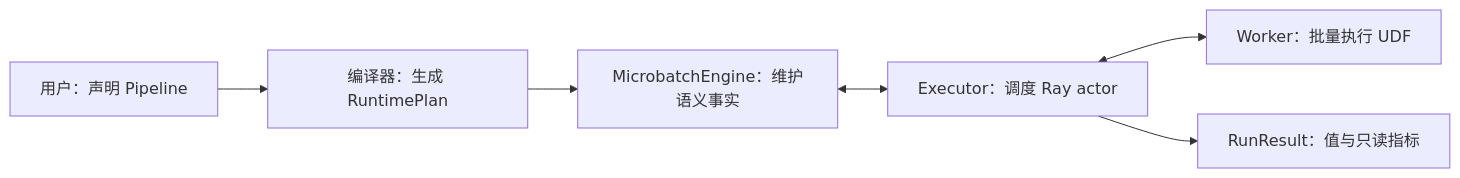
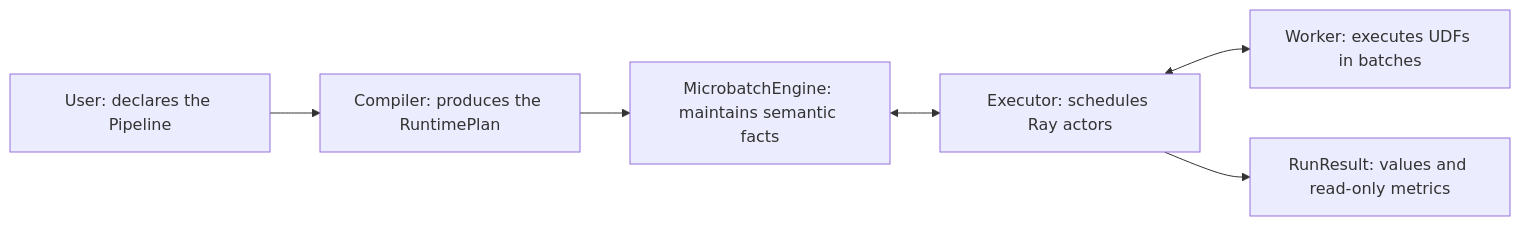
The first of 24 diagrams in docs/multigrain_v3_6_getting_started.md (OpenDCAI/RayOrch), drawn with Mermaid before and after one commit. The commit also changed other lines of this file and 31 other files, not shown here.

Commit message:
docs(v3.6): publish bilingual architecture guides

````diff
--- a/docs/multigrain_v3_6_getting_started.md
+++ b/docs/multigrain_v3_6_getting_started.md
@@ -42,14 +385,14 @@
 ```mermaid
 flowchart LR
-    User["用户：声明 Pipeline"]
-    Compile["编译器：生成 RuntimePlan"]
-    Engine["MicrobatchEngine：维护语义事实"]
-    Executor["Executor：调度 Ray actor"]
-    Worker["Worker：批量执行 UDF"]
-    Result["RunResult：值与只读指标"]
+    User["User: declares the Pipeline"]
+    Compile["Compiler: produces the RuntimePlan"]
+    Engine["MicrobatchEngine: maintains semantic facts"]
+    Executor["Executor: schedules Ray actors"]
+    Worker["Worker: executes UDFs in batches"]
+    Result["RunResult: values and read-only metrics"]
 
     User --> Compile --> Engine
     Engine <--> Executor
     Executor <--> Worker
     Executor --> Result
 ```
````
